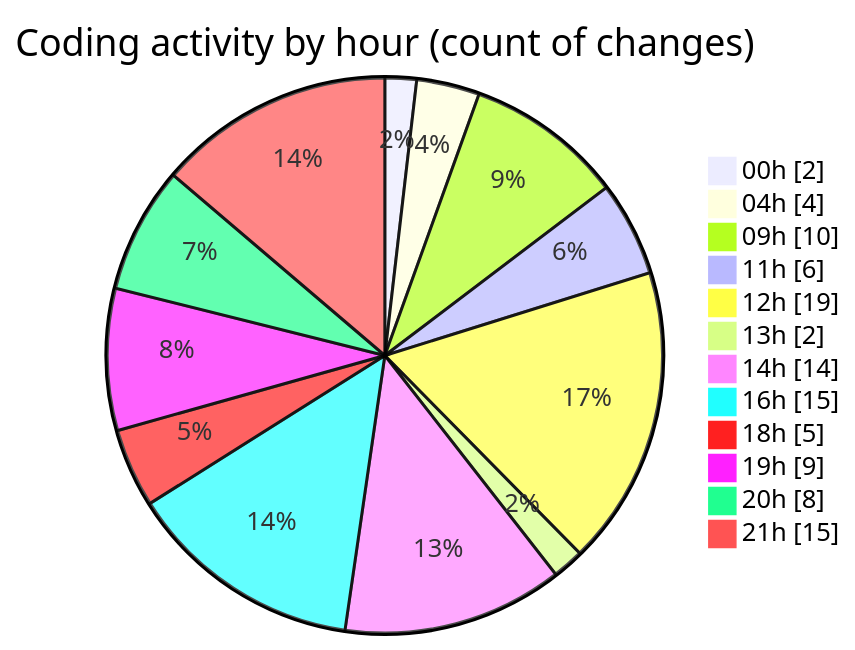
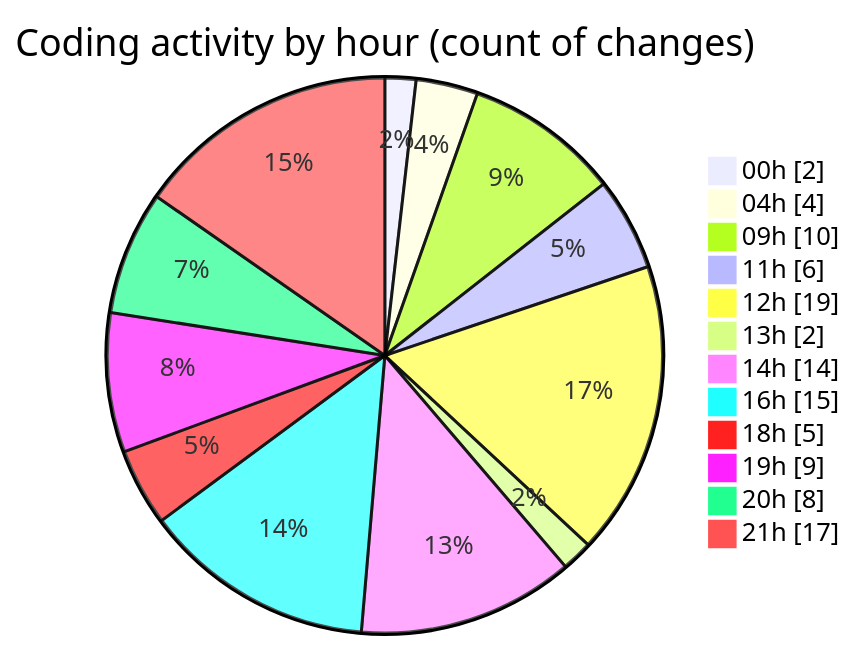
The second of 2 diagrams in 2025-10-28/eventscop-frontend-guide__workspace_/README.md (julien-gomy/code-tracking), drawn with Mermaid before and after one commit. The commit also changed other lines of this file and 1 other file, not shown here.

````diff
--- a/2025-10-28/eventscop-frontend-guide__workspace_/README.md
+++ b/2025-10-28/eventscop-frontend-guide__workspace_/README.md
@@ -66,16 +66,16 @@
 ```mermaid
 pie showData
 title Coding activity by hour (count of changes)
 "00h" : 2
 "04h" : 4
 "09h" : 10
 "11h" : 6
 "12h" : 19
 "13h" : 2
 "14h" : 14
 "16h" : 15
 "18h" : 5
 "19h" : 9
 "20h" : 8
-"21h" : 15
+"21h" : 17
 ```
````
